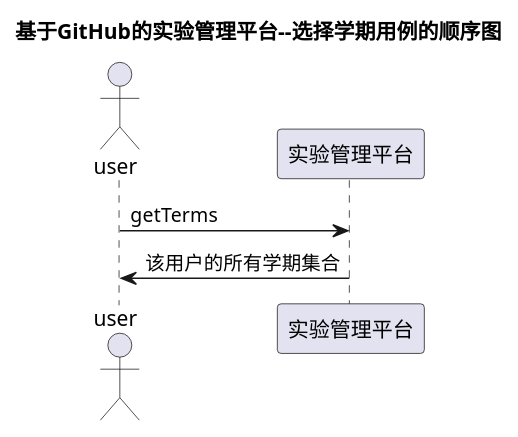
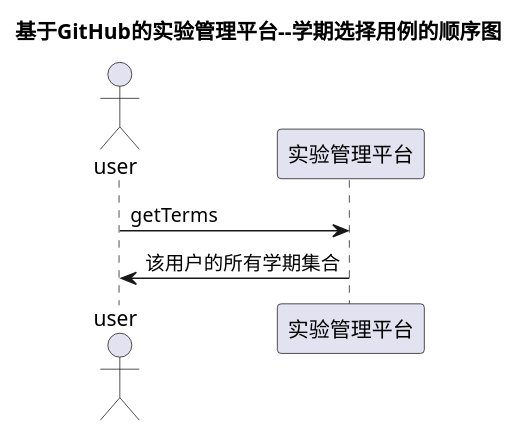
The diagram in test6/src/学期选择.puml (zhangji123456/is_analysis), drawn with PlantUML before and after one commit.

```diff
--- a/test6/src/学期选择.puml
+++ b/test6/src/学期选择.puml
@@ -1,7 +1,7 @@
 @startuml
-title 基于GitHub的实验管理平台--选择学期用例的顺序图
+title 基于GitHub的实验管理平台--学期选择用例的顺序图
 actor user
 user -> 实验管理平台:getTerms
 实验管理平台->user:该用户的所有学期集合
 
 @enduml
```
